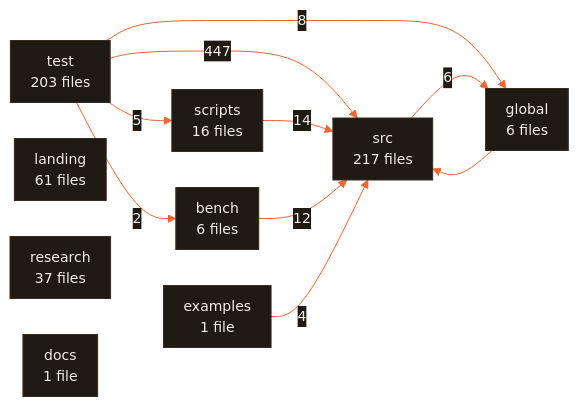
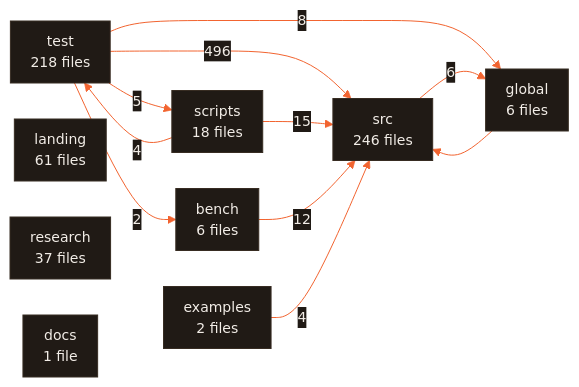
Before and after one commit to CodeWithJuber/forgekit: the diagram in ARCHITECTURE.md, drawn with Mermaid. The commit also changed other lines of this file and 249 other files, not shown here.

````diff
--- a/ARCHITECTURE.md
+++ b/ARCHITECTURE.md
@@ -677,22 +678,23 @@
 ```mermaid
 %%{init: {'theme':'base','themeVariables':{'primaryColor':'#201a15','primaryTextColor':'#f2ede7','primaryBorderColor':'#372c22','lineColor':'#f26430','secondaryColor':'#272019','tertiaryColor':'#171310','edgeLabelBackground':'#201a15','clusterBkg':'#171310','clusterBorder':'#4a3b2e','fontFamily':'ui-sans-serif, system-ui, sans-serif','fontSize':'14px'},'flowchart':{'curve':'basis','padding':10,'nodeSpacing':36,'rankSpacing':44}}}%%
 flowchart LR
-  src["src<br/>217 files"]
-  test["test<br/>203 files"]
+  src["src<br/>246 files"]
+  test["test<br/>218 files"]
   landing["landing<br/>61 files"]
   research["research<br/>37 files"]
-  scripts["scripts<br/>16 files"]
+  scripts["scripts<br/>18 files"]
   bench["bench<br/>6 files"]
   global["global<br/>6 files"]
+  examples["examples<br/>2 files"]
   docs["docs<br/>1 file"]
-  examples["examples<br/>1 file"]
-  test -- 447 --> src
-  scripts -- 14 --> src
+  test -- 496 --> src
+  scripts -- 15 --> src
   bench -- 12 --> src
   test -- 8 --> global
   src -- 6 --> global
   test -- 5 --> scripts
   examples -- 4 --> src
+  scripts -- 4 --> test
   test -- 2 --> bench
   global --> src
 ```
````
